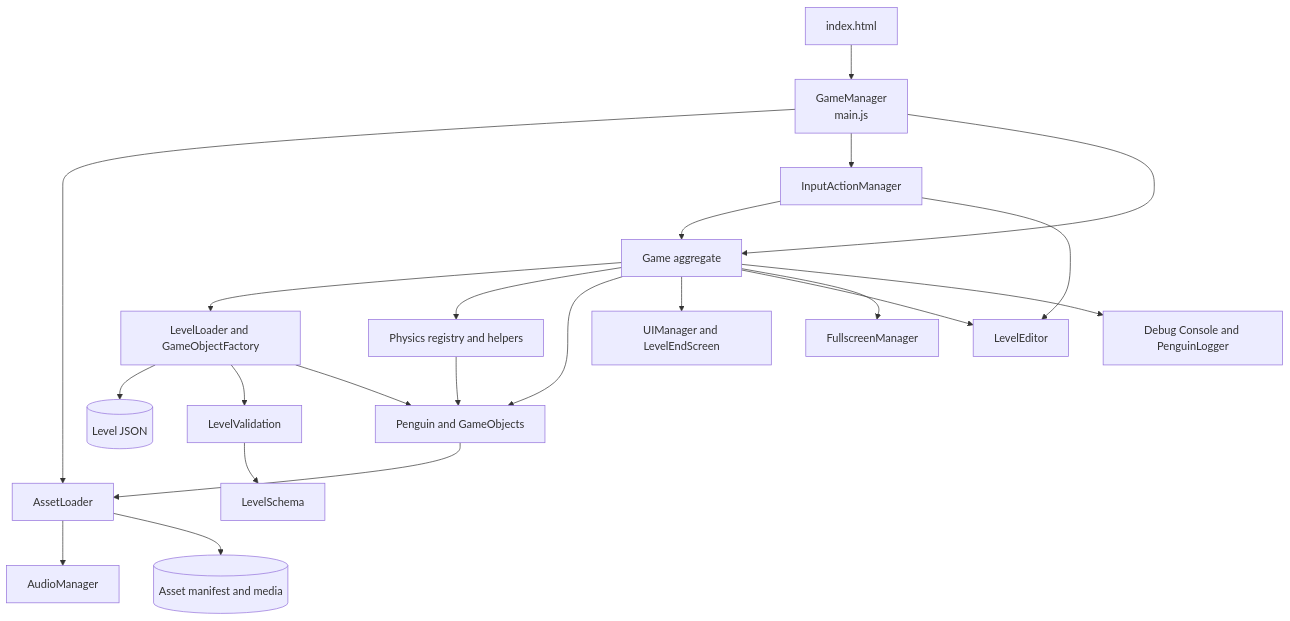
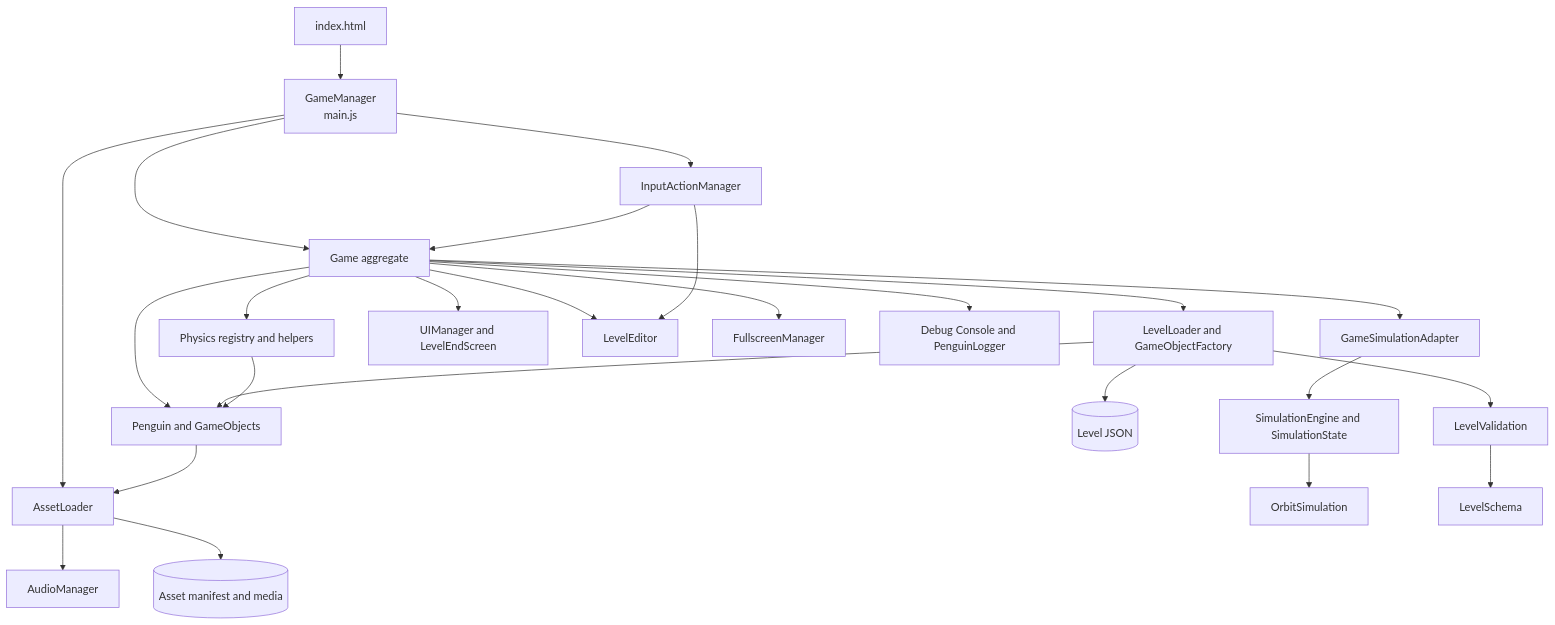
Before and after one commit to Newah1/SpacedPenguin: the third of 15 diagrams in ARCHITECTURE.md, drawn with Mermaid. The commit also changed other lines of this file and 19 other files, not shown here.

````diff
--- a/ARCHITECTURE.md
+++ b/ARCHITECTURE.md
@@ -93,26 +93,29 @@
 ```mermaid
 flowchart TB
     Index[index.html] --> Main[GameManager<br/>main.js]
     Main --> Assets[AssetLoader]
     Assets --> Audio[AudioManager]
     Main --> Inputs[InputActionManager]
     Main --> Game[Game aggregate]
 
     Game --> Loader[LevelLoader and GameObjectFactory]
+    Game --> Adapter[GameSimulationAdapter]
+    Adapter --> Simulation[SimulationEngine and SimulationState]
+    Simulation --> Orbit[OrbitSimulation]
     Game --> Physics[Physics registry and helpers]
     Game --> Entities[Penguin and GameObjects]
     Game --> UI[UIManager and LevelEndScreen]
     Game --> Editor[LevelEditor]
     Game --> Fullscreen[FullscreenManager]
     Game --> Console[Debug Console and PenguinLogger]
 
     Loader --> LevelJSON[(Level JSON)]
     Loader --> Validation[LevelValidation]
     Validation --> Schema[LevelSchema]
     Assets --> Manifest[(Asset manifest and media)]
     Entities --> Assets
     Loader --> Entities
     Physics --> Entities
     Inputs --> Game
     Inputs --> Editor
 ```
````
